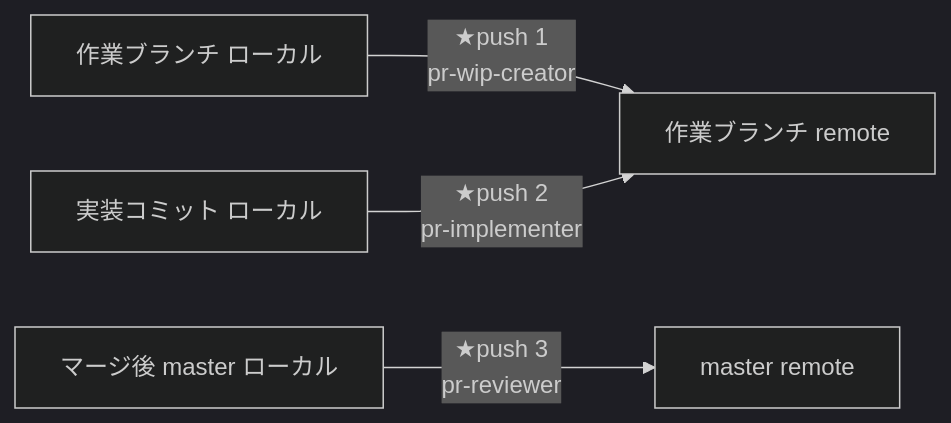
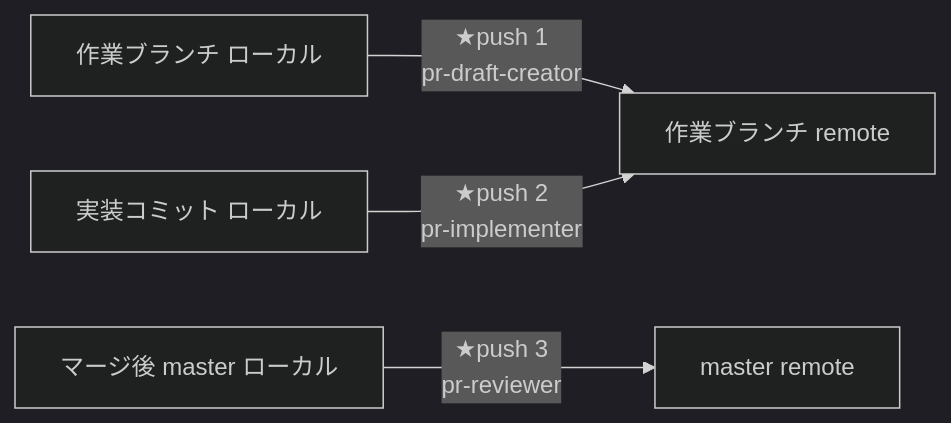
One commit to shuhei1101/my-plugins changed the third of 3 diagrams in .work/notes/プラグイン/gh-kitプラグイン.md. Above: the diagram before and after it, drawn with Mermaid (dark theme). The commit also changed other lines of this file and 15 other files, not shown here.

First line of the commit message:
refactor(gh-kit): エージェントの動的注入を bash 直接実行に修正 + pr-wip → pr-draft（v0.9）

````diff
--- a/.work/notes/プラグイン/gh-kitプラグイン.md
+++ b/.work/notes/プラグイン/gh-kitプラグイン.md
@@ -189,6 +194,6 @@
 ```mermaid
 flowchart LR
-  W[作業ブランチ ローカル] -->|★push 1<br/>pr-wip-creator| WR[作業ブランチ remote]
+  W[作業ブランチ ローカル] -->|★push 1<br/>pr-draft-creator| WR[作業ブランチ remote]
   W2[実装コミット ローカル] -->|★push 2<br/>pr-implementer| WR
   M[マージ後 master ローカル] -->|★push 3<br/>pr-reviewer| MR[master remote]
 ```
````
